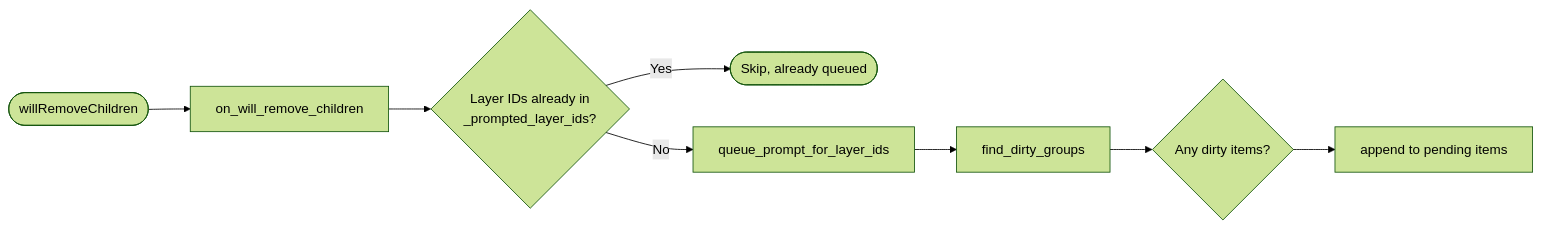
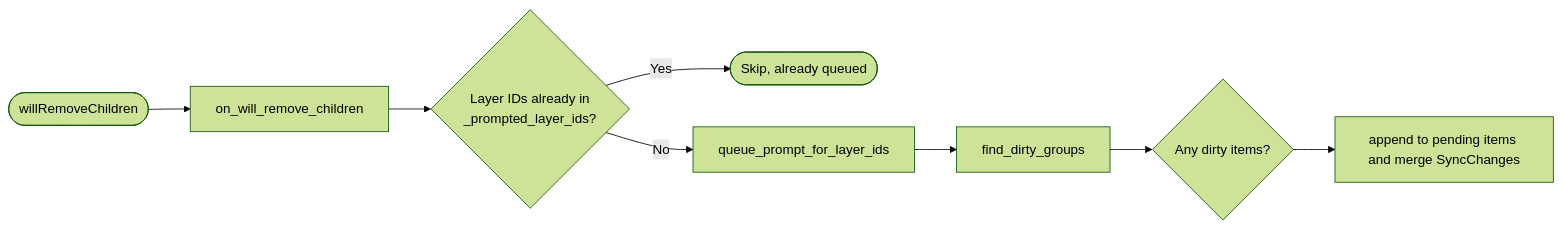
Before and after one commit to nens/rana-qgis-plugin: the fifth of 5 diagrams in doc/dirty_tracking.md, drawn with Mermaid (forest theme). The commit also changed other lines of this file and 16 other files, not shown here.

````diff
--- a/doc/dirty_tracking.md
+++ b/doc/dirty_tracking.md
@@ -257,10 +267,10 @@
 ```mermaid
 flowchart LR
     willRemoveChildren([willRemoveChildren]) --> on_will_remove_children
     on_will_remove_children --> pending{"Layer IDs already in\n_prompted_layer_ids?"}
     pending -- Yes --> skip(["Skip, already queued"])
     pending -- No --> queue_prompt_for_layer_ids
     queue_prompt_for_layer_ids --> find_dirty_groups
     find_dirty_groups --> dirty{Any dirty items?}
-    dirty --> add[append to pending items]
+    dirty --> add[append to pending items and merge SyncChanges]
 ```
````
